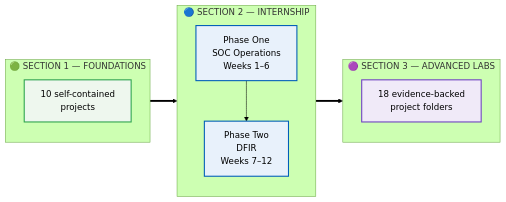
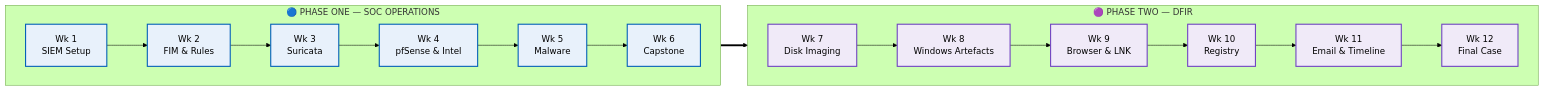
The first of 5 diagrams in README.md (malaika-azhar/Cybersecurity-Lab-Projects), drawn with Mermaid (forest theme) before and after one commit. The commit also changed other lines of this file, not shown here.

````diff
--- a/README.md
+++ b/README.md
@@ -127,23 +193,25 @@
 ```mermaid
 flowchart LR
-    subgraph S1["🟢 SECTION 1 — FOUNDATIONS"]
-        direction TB
-        F1["10 self-contained<br/>projects"]
+    subgraph P1["🔵 PHASE ONE — SOC OPERATIONS"]
+        direction LR
+        W1["Wk 1<br/>SIEM Setup"] --> W2["Wk 2<br/>FIM & Rules"]
+        W2 --> W3["Wk 3<br/>Suricata"]
+        W3 --> W4["Wk 4<br/>pfSense & Intel"]
+        W4 --> W5["Wk 5<br/>Malware"]
+        W5 --> W6["Wk 6<br/>Capstone"]
     end
-    subgraph S2["🔵 SECTION 2 — INTERNSHIP"]
-        direction TB
-        I1["Phase One<br/>SOC Operations<br/>Weeks 1–6"] --> I2["Phase Two<br/>DFIR<br/>Weeks 7–12"]
+    subgraph P2["🟣 PHASE TWO — DFIR"]
+        direction LR
+        W7["Wk 7<br/>Disk Imaging"] --> W8["Wk 8<br/>Windows Artefacts"]
+        W8 --> W9["Wk 9<br/>Browser & LNK"]
+        W9 --> W10["Wk 10<br/>Registry"]
+        W10 --> W11["Wk 11<br/>Email & Timeline"]
+        W11 --> W12["Wk 12<br/>Final Case"]
     end
-    subgraph S3["🟣 SECTION 3 — ADVANCED LABS"]
-        direction TB
-        A1["18 evidence-backed<br/>project folders"]
-    end
-    S1 ==> S2 ==> S3
+    W6 ==> W7
 
-    classDef one fill:#eef7ee,stroke:#2ea44f,stroke-width:2px,color:#000
-    classDef two fill:#e8f1fb,stroke:#005EB8,stroke-width:2px,color:#000
-    classDef three fill:#f0eaf8,stroke:#6f42c1,stroke-width:2px,color:#000
-    class F1 one
-    class I1,I2 two
-    class A1 three
+    classDef one fill:#e8f1fb,stroke:#005EB8,stroke-width:2px,color:#000
+    classDef two fill:#f0eaf8,stroke:#6f42c1,stroke-width:2px,color:#000
+    class W1,W2,W3,W4,W5,W6 one
+    class W7,W8,W9,W10,W11,W12 two
 ```
````
